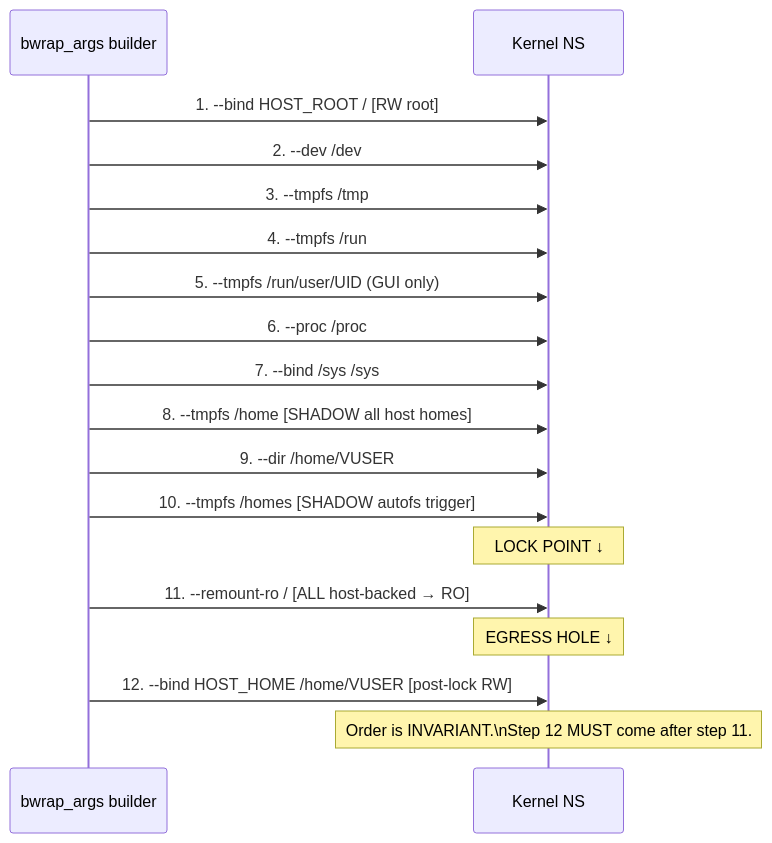
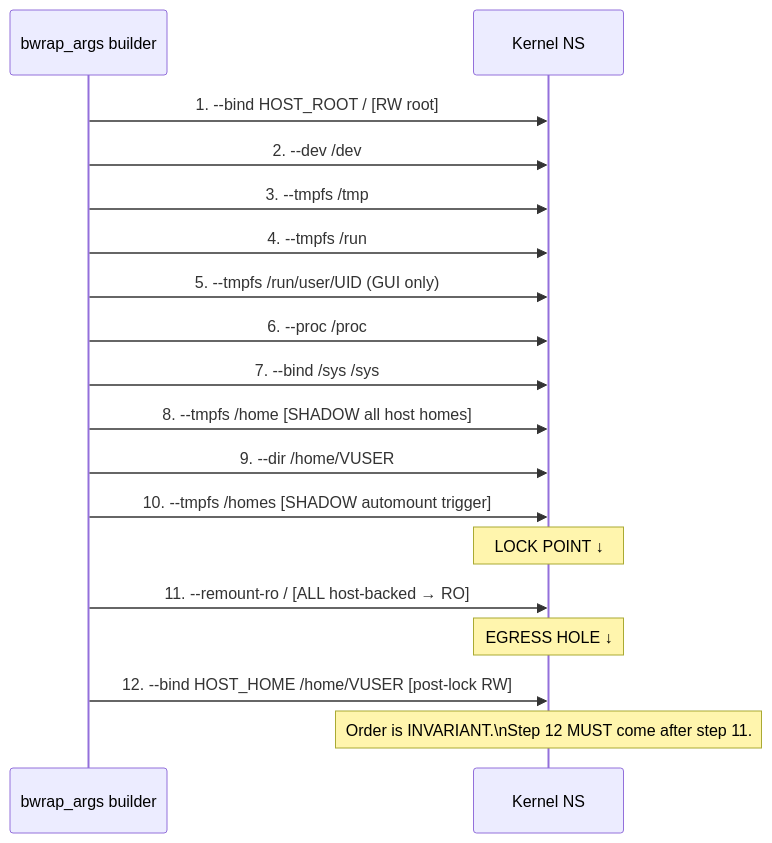
Before and after one commit to hanasaki/hanaden-bwrap-enhanced: the diagram in PROJECT_HOME/docs/architecture-design-features-specs/BwrapEnhanced2026.strat/UncontainedAgentExecution.driv/NamespaceIsolatedSandbox.moti/VfsIsolation.feat/BindSequence.spec/20260816-101335-371252-22ef-1234-5678a9012345-BindSequence.spec-0.0.1.md, drawn with Mermaid. The commit also changed other lines of this file and 63 other files, not shown here.

````diff
--- a/PROJECT_HOME/docs/architecture-design-features-specs/BwrapEnhanced2026.strat/UncontainedAgentExecution.driv/NamespaceIsolatedSandbox.moti/VfsIsolation.feat/BindSequence.spec/20260816-101335-371252-22ef-1234-5678a9012345-BindSequence.spec-0.0.1.md
+++ b/PROJECT_HOME/docs/architecture-design-features-specs/BwrapEnhanced2026.strat/UncontainedAgentExecution.driv/NamespaceIsolatedSandbox.moti/VfsIsolation.feat/BindSequence.spec/20260816-101335-371252-22ef-1234-5678a9012345-BindSequence.spec-0.0.1.md
@@ -112,21 +108,21 @@
 ```mermaid
 sequenceDiagram
     participant BA as bwrap_args builder
     participant K as Kernel NS
 
     BA->>K: 1. --bind HOST_ROOT / [RW root]
     BA->>K: 2. --dev /dev
     BA->>K: 3. --tmpfs /tmp
     BA->>K: 4. --tmpfs /run
     BA->>K: 5. --tmpfs /run/user/UID (GUI only)
     BA->>K: 6. --proc /proc
     BA->>K: 7. --bind /sys /sys
     BA->>K: 8. --tmpfs /home [SHADOW all host homes]
     BA->>K: 9. --dir /home/VUSER
-    BA->>K: 10. --tmpfs /homes [SHADOW autofs trigger]
+    BA->>K: 10. --tmpfs /homes [SHADOW automount trigger]
     Note over K: LOCK POINT ↓
     BA->>K: 11. --remount-ro / [ALL host-backed → RO]
     Note over K: EGRESS HOLE ↓
     BA->>K: 12. --bind HOST_HOME /home/VUSER [post-lock RW]
     Note over K: Order is INVARIANT.\nStep 12 MUST come after step 11.
 ```
````
